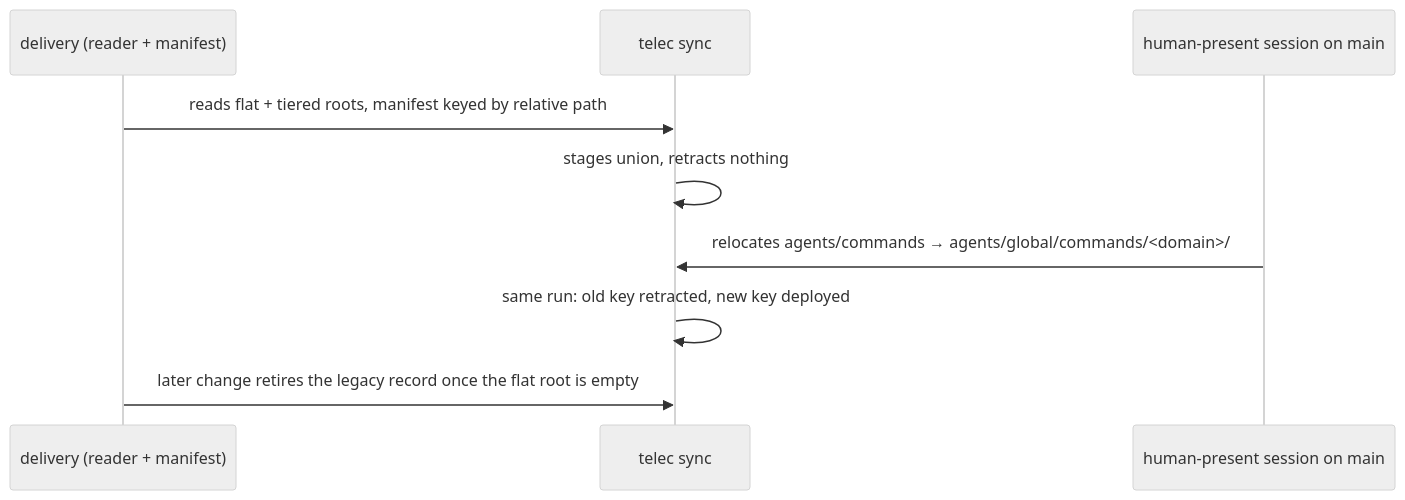
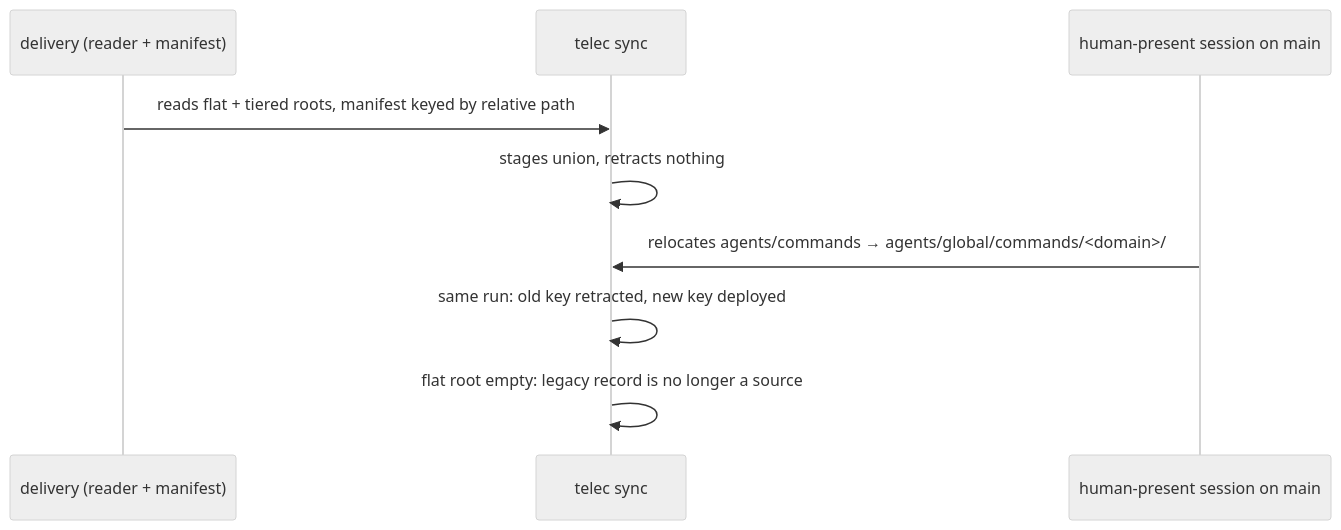
The second of 2 diagrams in docs/project/design/architecture/agent-artifact-distribution.md (InstruktAI/TeleClaude), drawn with Mermaid (neutral theme) before and after one commit. The commit also changed other lines of this file, not shown here.

````diff
--- a/docs/project/design/architecture/agent-artifact-distribution.md
+++ b/docs/project/design/architecture/agent-artifact-distribution.md
@@ -159,11 +162,11 @@
 ```mermaid
 sequenceDiagram
     participant Code as delivery (reader + manifest)
     participant Sync as telec sync
     participant Human as human-present session on main
     Code->>Sync: reads flat + tiered roots, manifest keyed by relative path
     Sync->>Sync: stages union, retracts nothing
     Human->>Sync: relocates agents/commands → agents/global/commands/<domain>/
     Sync->>Sync: same run: old key retracted, new key deployed
-    Code->>Sync: later change retires the legacy record once the flat root is empty
+    Sync->>Sync: flat root empty: legacy record is no longer a source
 ```
````
